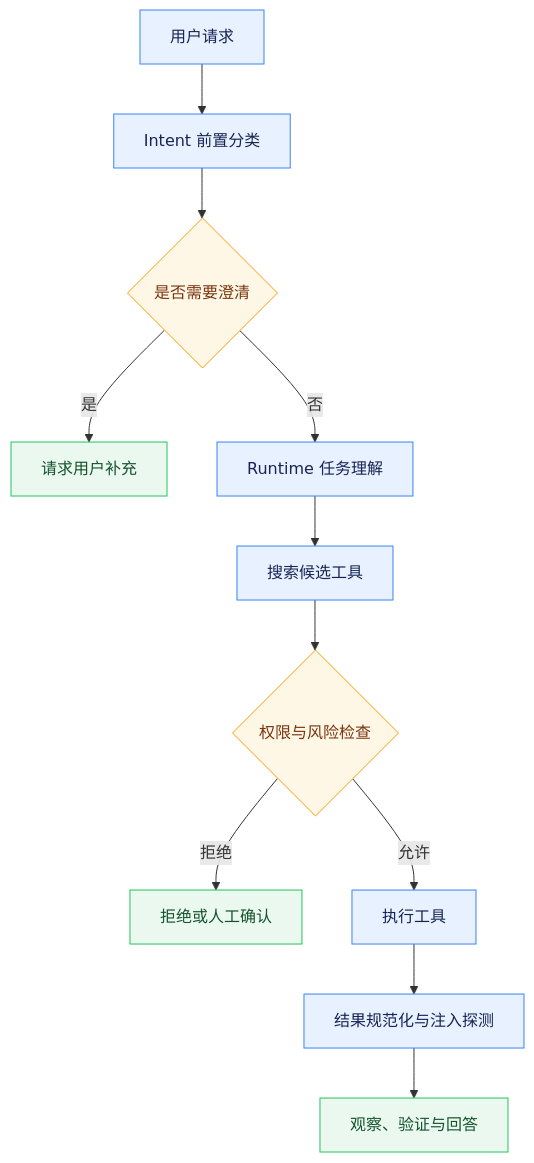
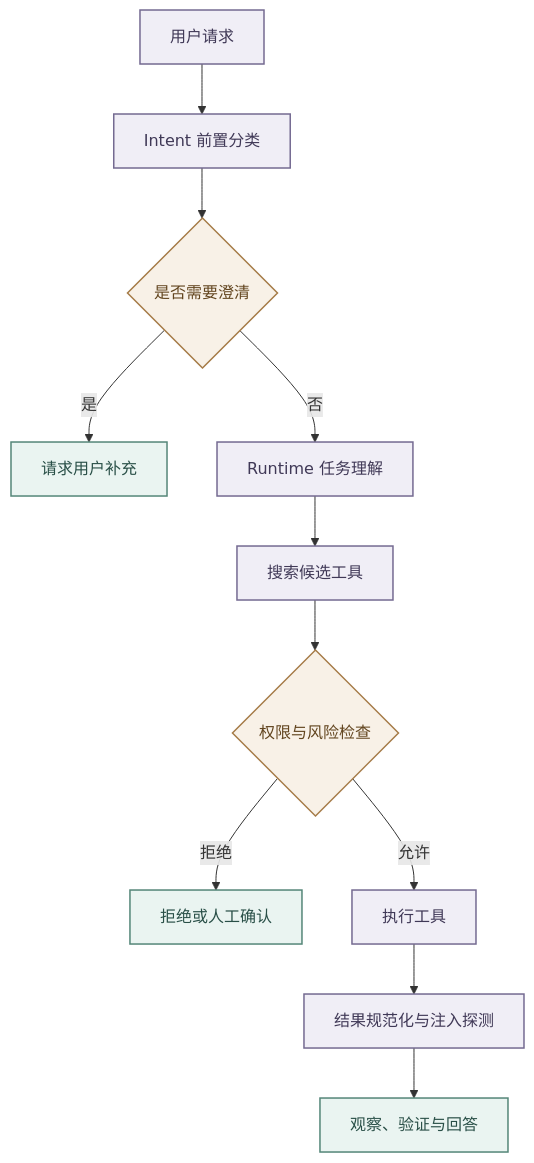
Before and after one commit to Logistic98/job-buddy: the diagram in agent-doc/核心能力/意图路由与工具安全.md, drawn with Mermaid. The commit also changed other lines of this file and 32 other files, not shown here.

Commit message:
docs: align engine context and diagram guidance

````diff
--- a/agent-doc/核心能力/意图路由与工具安全.md
+++ b/agent-doc/核心能力/意图路由与工具安全.md
@@ -17,20 +33,20 @@
 ```mermaid
 graph TD
     A[用户请求] --> B[Intent 前置分类]
     B --> C{是否需要澄清}
     C -->|是| D[请求用户补充]
     C -->|否| E[Runtime 任务理解]
     E --> F[搜索候选工具]
     F --> G{权限与风险检查}
     G -->|拒绝| H[拒绝或人工确认]
     G -->|允许| I[执行工具]
     I --> J[结果规范化与注入探测]
     J --> K["观察、验证与回答"]
 
-    classDef process fill:#E8F1FF,stroke:#3B82F6,color:#172554;
-    classDef decision fill:#FFF7E6,stroke:#F59E0B,color:#78350F;
-    classDef terminal fill:#EAF8F0,stroke:#22C55E,color:#14532D;
+    classDef process fill:#F0EEF6,stroke:#746A91,color:#403957,stroke-width:1.5px;
+    classDef decision fill:#F8F1E7,stroke:#A67C48,color:#62451F,stroke-width:1.5px;
+    classDef terminal fill:#EAF4F1,stroke:#548678,color:#294F47,stroke-width:1.5px;
     class A,B,E,F,I,J process;
     class C,G decision;
     class D,H,K terminal;
 ```
````
